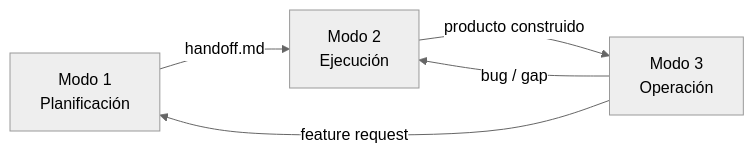
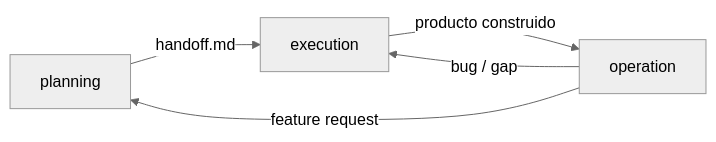
Before and after one commit to virgenherrera/idea-to-mvp: the second of 2 diagrams in docs/operation/README.md, drawn with Mermaid (neutral theme). The commit also changed other lines of this file and 30 other files, not shown here.

````diff
--- a/docs/operation/README.md
+++ b/docs/operation/README.md
@@ -111,7 +139,7 @@
 ```mermaid
 flowchart LR
-    M1["Modo 1\nPlanificación"] -->|"handoff.md"| M2["Modo 2\nEjecución"]
-    M2 -->|"producto construido"| M3["Modo 3\nOperación"]
+    M1["planning"] -->|"handoff.md"| M2["execution"]
+    M2 -->|"producto construido"| M3["operation"]
     M3 -->|"feature request"| M1
     M3 -->|"bug / gap"| M2
 ```
````
